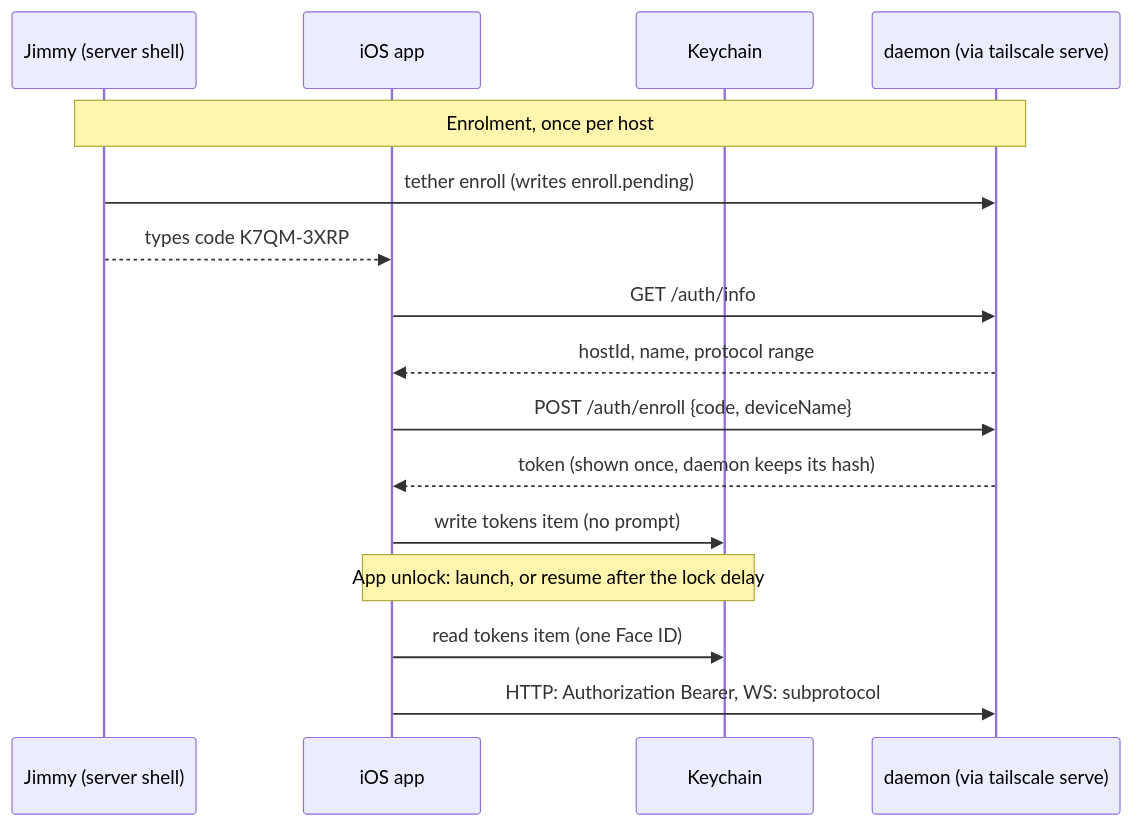
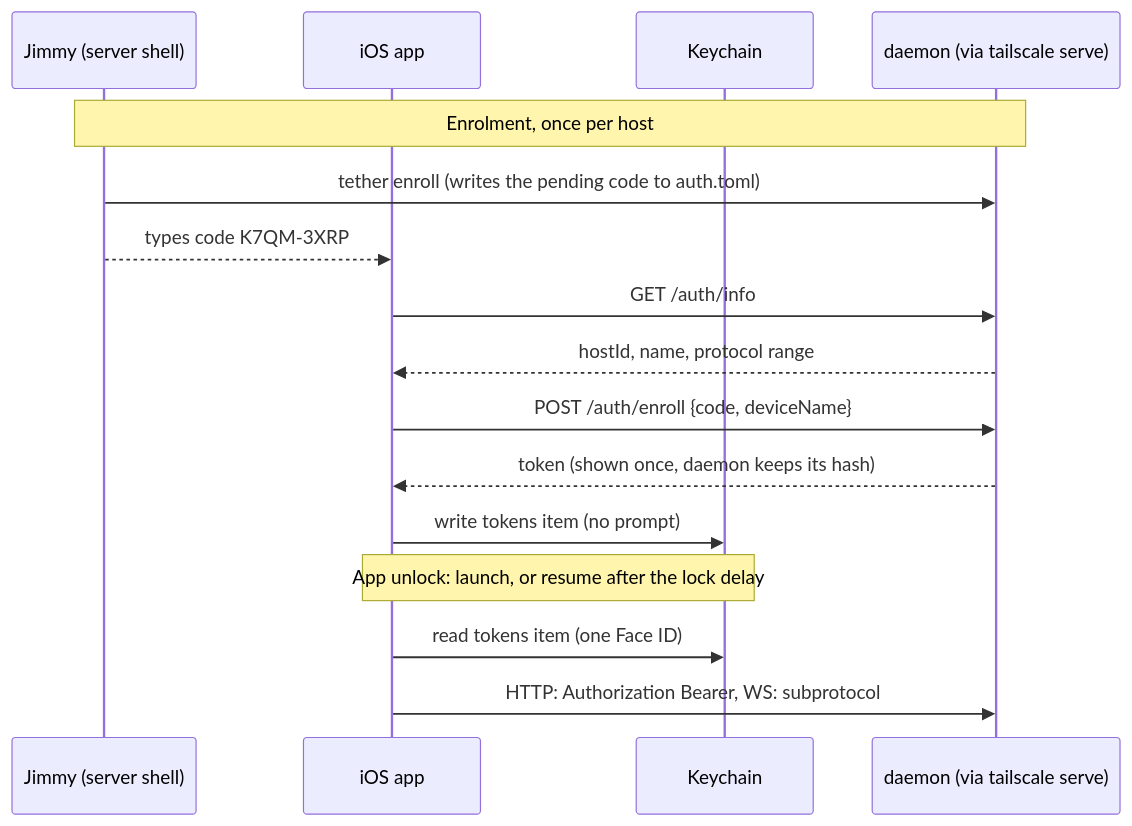
Before and after one commit to haowjy/tether: the first of 2 diagrams in docs/design/auth.md, drawn with Mermaid. The commit also changed other lines of this file and 10 other files, not shown here.

````diff
--- a/docs/design/auth.md
+++ b/docs/design/auth.md
@@ -15,18 +17,18 @@
 ```mermaid
 sequenceDiagram
   participant J as Jimmy (server shell)
   participant A as iOS app
   participant K as Keychain
   participant D as daemon (via tailscale serve)
   Note over J,D: Enrolment, once per host
-  J->>D: tether enroll (writes enroll.pending)
+  J->>D: tether enroll (writes the pending code to auth.toml)
   J-->>A: types code K7QM-3XRP
   A->>D: GET /auth/info
   D-->>A: hostId, name, protocol range
   A->>D: POST /auth/enroll {code, deviceName}
   D-->>A: token (shown once, daemon keeps its hash)
   A->>K: write tokens item (no prompt)
   Note over A,K: App unlock: launch, or resume after the lock delay
   A->>K: read tokens item (one Face ID)
   A->>D: HTTP: Authorization Bearer, WS: subprotocol
 ```
````
